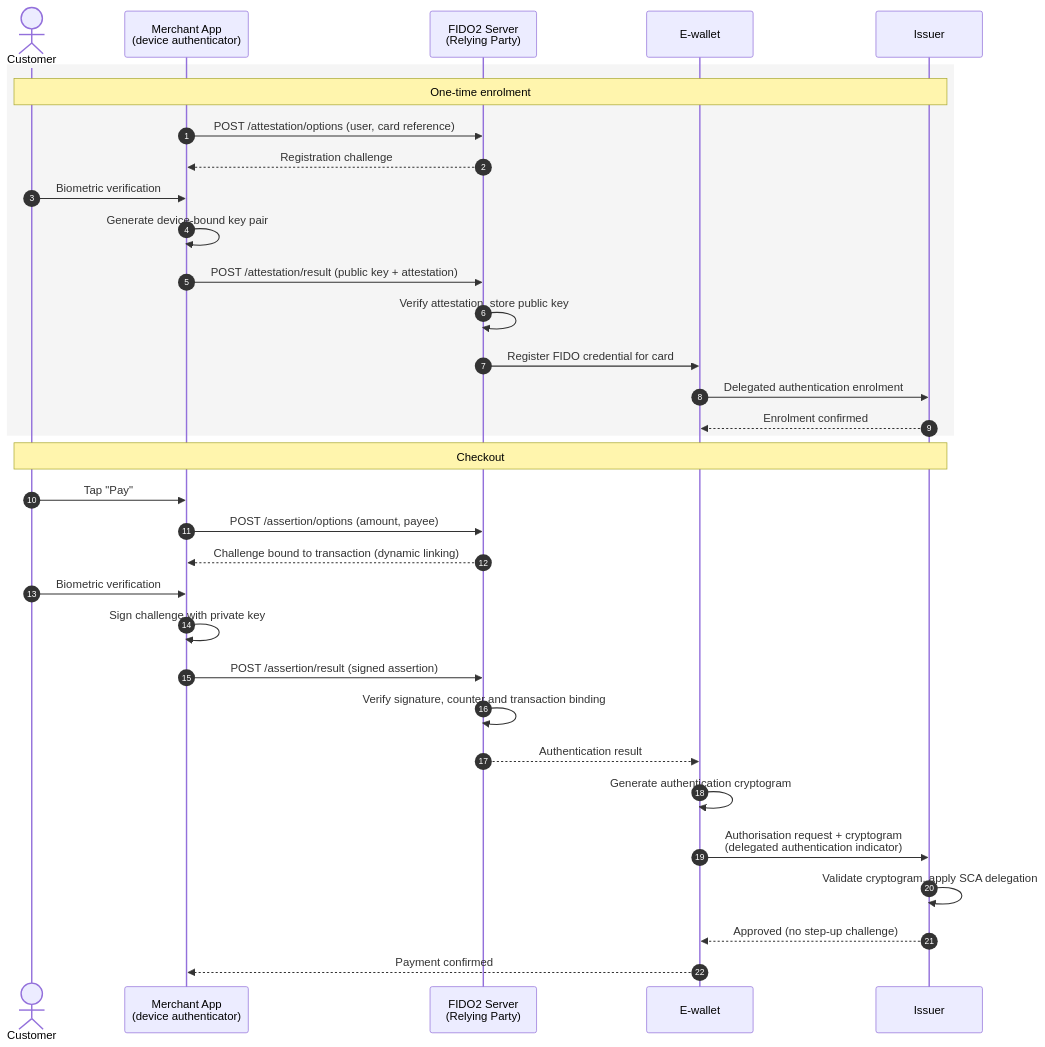
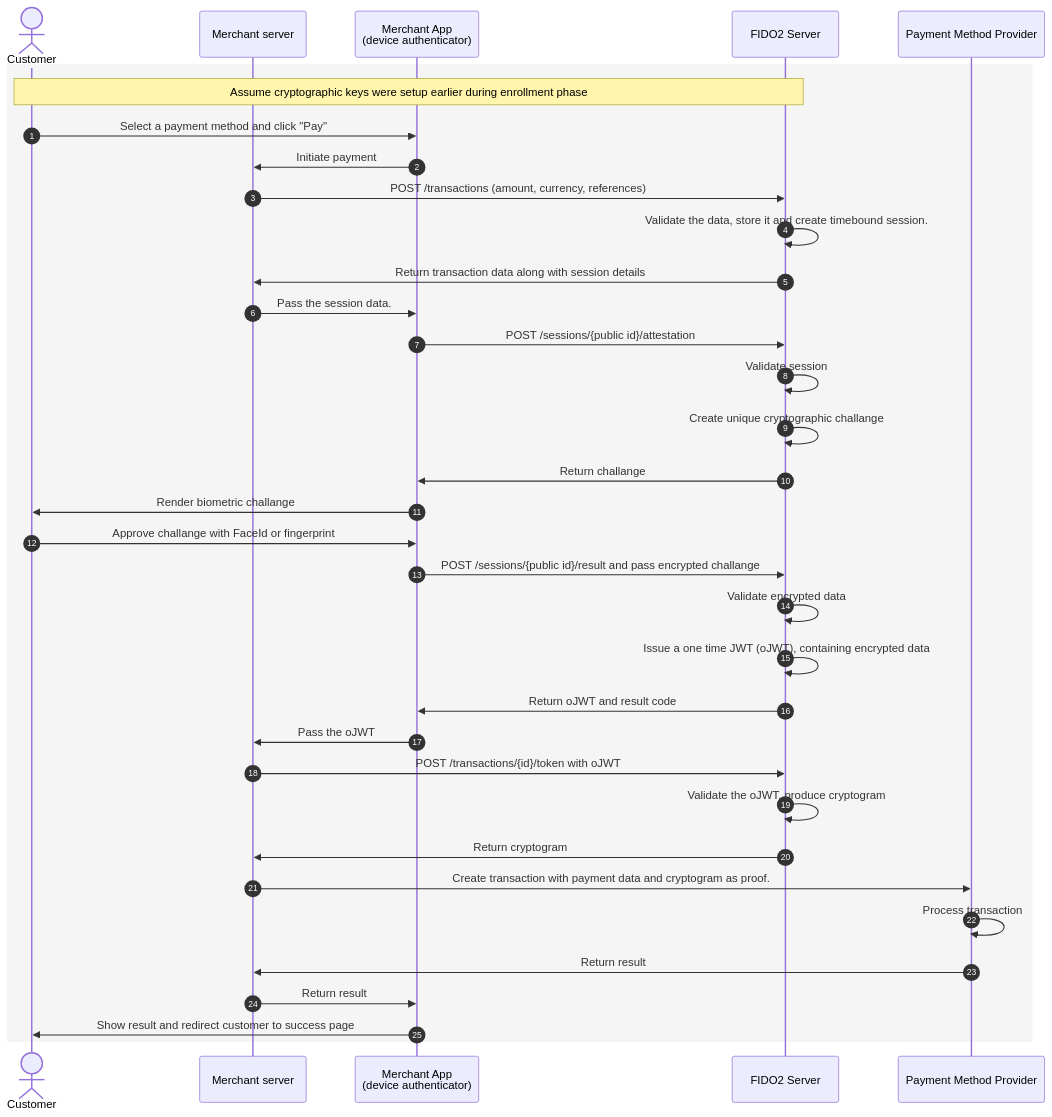
One commit to todor-di/todor-di.github.io changed the first of 4 diagrams in index.md. Above: the diagram before and after it, drawn with Mermaid. The commit also changed other lines of this file, not shown here.

First line of the commit message:
Show rule engine structure as C4 context and container diagrams

````diff
--- a/index.md
+++ b/index.md
@@ -35,37 +35,38 @@
 ```mermaid
 sequenceDiagram
     autonumber
-    actor U as Customer
-    participant A as Merchant App<br/>(device authenticator)
-    participant F as FIDO2 Server<br/>(Relying Party)
-    participant W as E-wallet
-    participant I as Issuer
+    actor C as Customer
+    participant MBE as Merchant server
+    participant MFE as Merchant App<br/>(device authenticator)
+    participant F as FIDO2 Server
+    participant PM as Payment Method Provider
 
     rect rgba(128,128,128,0.08)
-    Note over U,I: One-time enrolment
-    A->>F: POST /attestation/options (user, card reference)
-    F-->>A: Registration challenge
-    U->>A: Biometric verification
-    A->>A: Generate device-bound key pair
-    A->>F: POST /attestation/result (public key + attestation)
-    F->>F: Verify attestation, store public key
-    F->>W: Register FIDO credential for card
-    W->>I: Delegated authentication enrolment
-    I-->>W: Enrolment confirmed
+    Note over C, F: Assume cryptographic keys were setup earlier during enrollment phase
+    C->>MFE: Select a payment method and click "Pay"
+    MFE->>MBE: Initiate payment 
+    MBE->>F: POST /transactions (amount, currency, references)
+    F->>F: Validate the data, store it and create timebound session.
+    F->>MBE: Return transaction data along with session details
+    MBE->>MFE: Pass the session data.
+    MFE->>F: POST /sessions/{public id}/attestation
+    F->>F: Validate session
+    F->>F: Create unique cryptographic challange
+    F->>MFE: Return challange
+    MFE->>C: Render biometric challange
+    C->>MFE: Approve challange with FaceId or fingerprint
+    MFE->>F: POST /sessions/{public id}/result and pass encrypted challange
+    F->>F: Validate encrypted data
+    F->>F: Issue a one time JWT (oJWT), containing encrypted data
+    F->>MFE: Return oJWT and result code
+    MFE->>MBE: Pass the oJWT 
+    MBE->>F: POST /transactions/{id}/token with oJWT
+    F->>F: Validate the oJWT, produce cryptogram
+    F->>MBE: Return cryptogram
+    MBE->>PM: Create transaction with payment data and cryptogram as proof.
+    PM->>PM: Process transaction
+    PM->>MBE: Return result
+    MBE->>MFE: Return result
+    MFE->>C: Show result and redirect customer to success page
     end
-
-    Note over U,I: Checkout
-    U->>A: Tap "Pay"
-    A->>F: POST /assertion/options (amount, payee)
-    F-->>A: Challenge bound to transaction (dynamic linking)
-    U->>A: Biometric verification
-    A->>A: Sign challenge with private key
-    A->>F: POST /assertion/result (signed assertion)
-    F->>F: Verify signature, counter and transaction binding
-    F-->>W: Authentication result
-    W->>W: Generate authentication cryptogram
-    W->>I: Authorisation request + cryptogram<br/>(delegated authentication indicator)
-    I->>I: Validate cryptogram, apply SCA delegation
-    I-->>W: Approved (no step-up challenge)
-    W-->>A: Payment confirmed
 ```
````
